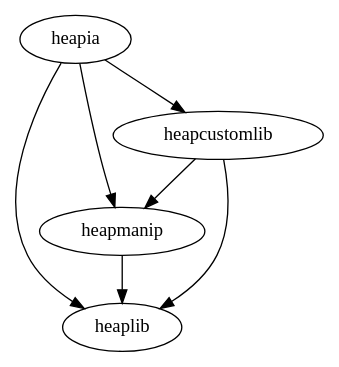
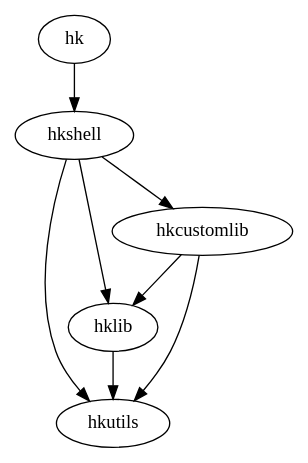
The diagram in doc/module_deps.dot (hcs42/heapkeeper-old), drawn with Graphviz before and after one commit. The commit also changed 11 other files, not shown here.

```diff
--- a/doc/module_deps.dot
+++ b/doc/module_deps.dot
@@ -1,8 +1,9 @@
 digraph {
-    heapmanip -> heaplib;
-    heapcustomlib -> heapmanip;
-    heapcustomlib -> heaplib;
-    heapia -> heaplib;
-    heapia -> heapmanip;
-    heapia -> heapcustomlib;
+    hklib -> hkutils;
+    hkcustomlib -> hklib;
+    hkcustomlib -> hkutils;
+    hkshell -> hkutils;
+    hkshell -> hklib;
+    hkshell -> hkcustomlib;
+    hk -> hkshell;
 }
```
